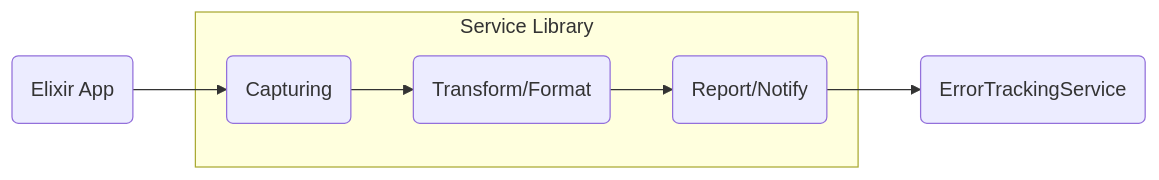
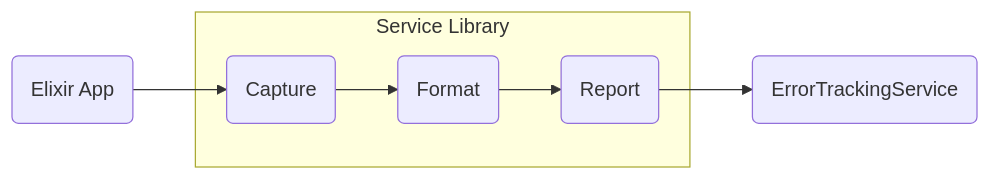
The first of 3 diagrams in README.md (mimiquate/tower), drawn with Mermaid before and after one commit. The commit also changed other lines of this file and 1 other file, not shown here.

Commit message:
docs: cleans diagrams

````diff
--- a/README.md
+++ b/README.md
@@ -47,9 +47,9 @@
 ```mermaid
-flowchart LR;
-  A(Elixir App) --> B(Capturing);
+flowchart LR
+  A(Elixir App) --> B(Capture)
   subgraph Service Library
-  B --> C("Transform/Format");
-  C --> D("Report/Notify");
+  B --> C("Format")
+  C --> D("Report")
   end
-  D --> E("ErrorTrackingService");
+  D --> E("ErrorTrackingService")
 ```
````
